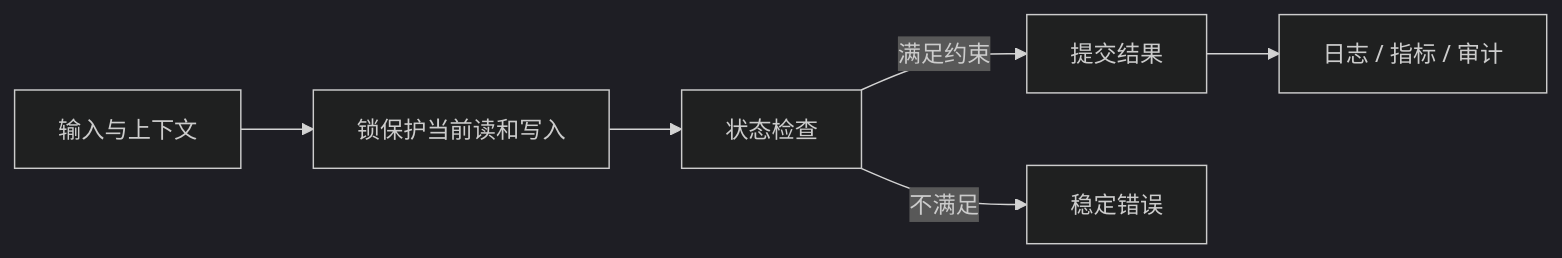
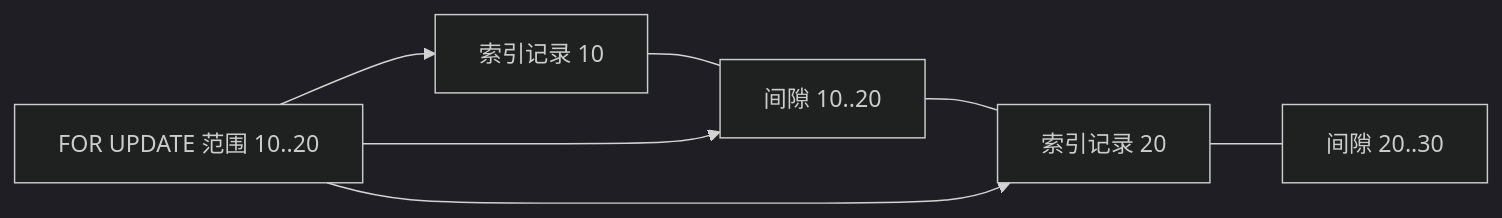
Before and after one commit to upJiang/jiang-blog-vitepress: the diagram in docs/backend/mysql-locks-deadlocks-concurrency.md, drawn with Mermaid (dark theme). The commit also changed other lines of this file and 341 other files, not shown here.

````diff
--- a/docs/backend/mysql-locks-deadlocks-concurrency.md
+++ b/docs/backend/mysql-locks-deadlocks-concurrency.md
@@ -34,8 +36,9 @@
 ```mermaid
 flowchart LR
-  A[输入与上下文] --> B[锁保护当前读和写入]
-  B --> C[状态检查]
-  C -->|满足约束| D[提交结果]
-  C -->|不满足| E[稳定错误]
-  D --> F[日志 / 指标 / 审计]
+  I1[索引记录 10] --- G1[间隙 10..20]
+  G1 --- I2[索引记录 20]
+  I2 --- G2[间隙 20..30]
+  Q[FOR UPDATE 范围 10..20] --> I1
+  Q --> G1
+  Q --> I2
 ```
````
